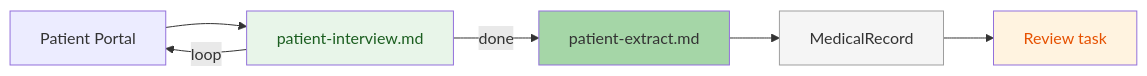
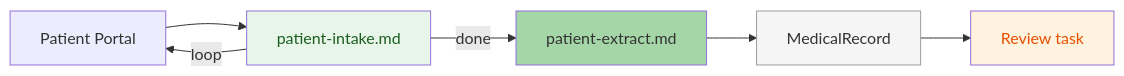
One commit to moments8890/doctor-ai-agent changed the fourth of 4 diagrams in src/agent/prompts/README.md. Above: the diagram before and after it, drawn with Mermaid. The commit also changed other lines of this file and 337 other files, not shown here.

````diff
--- a/src/agent/prompts/README.md
+++ b/src/agent/prompts/README.md
@@ -112,12 +112,12 @@
 ```mermaid
 flowchart LR
-  PAT["Patient Portal"] --> PI["patient-interview.md"]
+  PAT["Patient Portal"] --> PI["patient-intake.md"]
   PI -->|loop| PAT
   PI -->|done| EXT["patient-extract.md"]
   EXT --> REC["MedicalRecord"] --> TASK["Review task"]
 
   style PI fill:#e8f5e9,color:#1b5e20
   style EXT fill:#a5d6a7
   style REC fill:#f5f5f5,stroke:#9e9e9e
   style TASK fill:#fff3e0,color:#e65100
 ```
````
